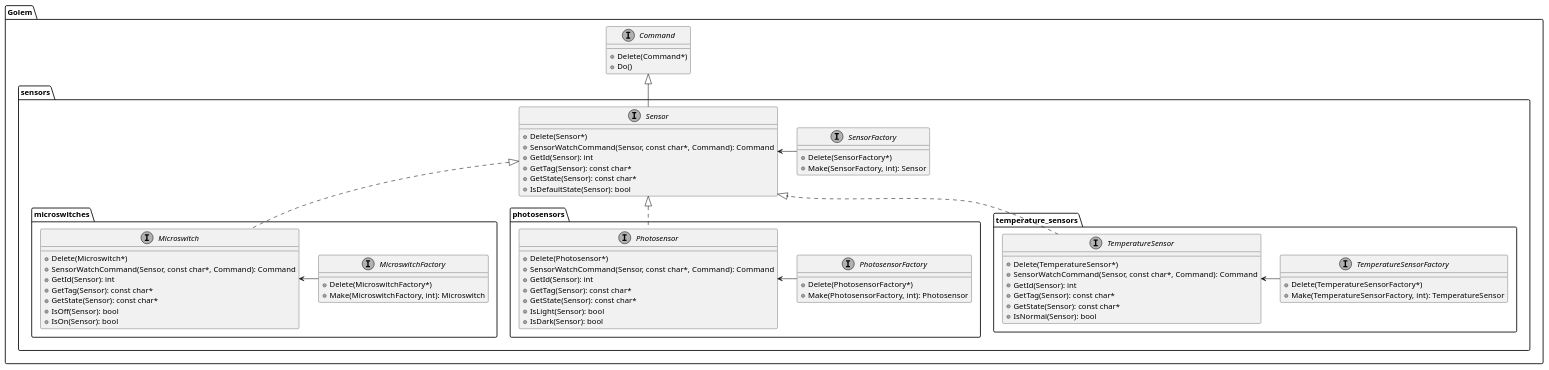
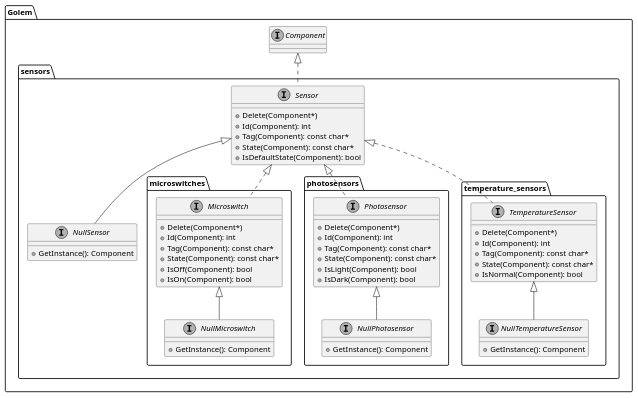
One commit to kokabe2/golem changed the diagram in doc/sensor_class_diagram.pu. Above: the diagram before and after it, drawn with PlantUML. The commit also changed 10 other files, not shown here.

Commit message:
Update class diagrams

```diff
--- a/doc/sensor_class_diagram.pu
+++ b/doc/sensor_class_diagram.pu
@@ -1,92 +1,81 @@
 @startuml sensor_class_diagram
 skinparam {
     defaultFontName Ricty Diminished
     monochrome true
 }
 
 package Golem {
-    interface Command {
-        + Delete(Command*)
-        + Do()
-    }
+    interface Component
 
     folder sensors {
         interface Sensor {
-            + Delete(Sensor*)
-            + SensorWatchCommand(Sensor, const char*, Command): Command
-            + GetId(Sensor): int
-            + GetTag(Sensor): const char*
-            + GetState(Sensor): const char*
-            + IsDefaultState(Sensor): bool
+            + Delete(Component*)
+            + Id(Component): int
+            + Tag(Component): const char*
+            + State(Component): const char*
+            + IsDefaultState(Component): bool
         }
 
-        interface SensorFactory {
-            + Delete(SensorFactory*)
-            + Make(SensorFactory, int): Sensor
+        interface NullSensor {
+            + GetInstance(): Component
         }
 
         folder microswitches {
             interface Microswitch {
-                + Delete(Microswitch*)
-                + SensorWatchCommand(Sensor, const char*, Command): Command
-                + GetId(Sensor): int
-                + GetTag(Sensor): const char*
-                + GetState(Sensor): const char*
-                + IsOff(Sensor): bool
-                + IsOn(Sensor): bool
+                + Delete(Component*)
+                + Id(Component): int
+                + Tag(Component): const char*
+                + State(Component): const char*
+                + IsOff(Component): bool
+                + IsOn(Component): bool
             }
 
-            interface MicroswitchFactory {
-                + Delete(MicroswitchFactory*)
-                + Make(MicroswitchFactory, int): Microswitch
+            interface NullMicroswitch {
+                + GetInstance(): Component
             }
 
-            Microswitch <- MicroswitchFactory
+            Microswitch <|-- NullMicroswitch
         }
 
         folder photosensors {
             interface Photosensor {
-                + Delete(Photosensor*)
-                + SensorWatchCommand(Sensor, const char*, Command): Command
-                + GetId(Sensor): int
-                + GetTag(Sensor): const char*
-                + GetState(Sensor): const char*
-                + IsLight(Sensor): bool
-                + IsDark(Sensor): bool
+                + Delete(Component*)
+                + Id(Component): int
+                + Tag(Component): const char*
+                + State(Component): const char*
+                + IsLight(Component): bool
+                + IsDark(Component): bool
             }
 
-            interface PhotosensorFactory {
-                + Delete(PhotosensorFactory*)
-                + Make(PhotosensorFactory, int): Photosensor
+            interface NullPhotosensor {
+                + GetInstance(): Component
             }
 
-            Photosensor <- PhotosensorFactory
+            Photosensor <|-- NullPhotosensor
         }
 
         folder temperature_sensors {
             interface TemperatureSensor {
-                + Delete(TemperatureSensor*)
-                + SensorWatchCommand(Sensor, const char*, Command): Command
-                + GetId(Sensor): int
-                + GetTag(Sensor): const char*
-                + GetState(Sensor): const char*
-                + IsNormal(Sensor): bool
+                + Delete(Component*)
+                + Id(Component): int
+                + Tag(Component): const char*
+                + State(Component): const char*
+                + IsNormal(Component): bool
             }
 
-            interface TemperatureSensorFactory {
-                + Delete(TemperatureSensorFactory*)
-                + Make(TemperatureSensorFactory, int): TemperatureSensor
+            interface NullTemperatureSensor {
+                + GetInstance(): Component
             }
 
-            TemperatureSensor <- TemperatureSensorFactory
+            TemperatureSensor <|-- NullTemperatureSensor
         }
 
-        Sensor <- SensorFactory
+        Sensor <|-- NullSensor
         Sensor <|.. Microswitch
         Sensor <|.. Photosensor
         Sensor <|.. TemperatureSensor
     }
 
-    Command <|-- Sensor
+    Component <|.. Sensor
 }
 @enduml
```
